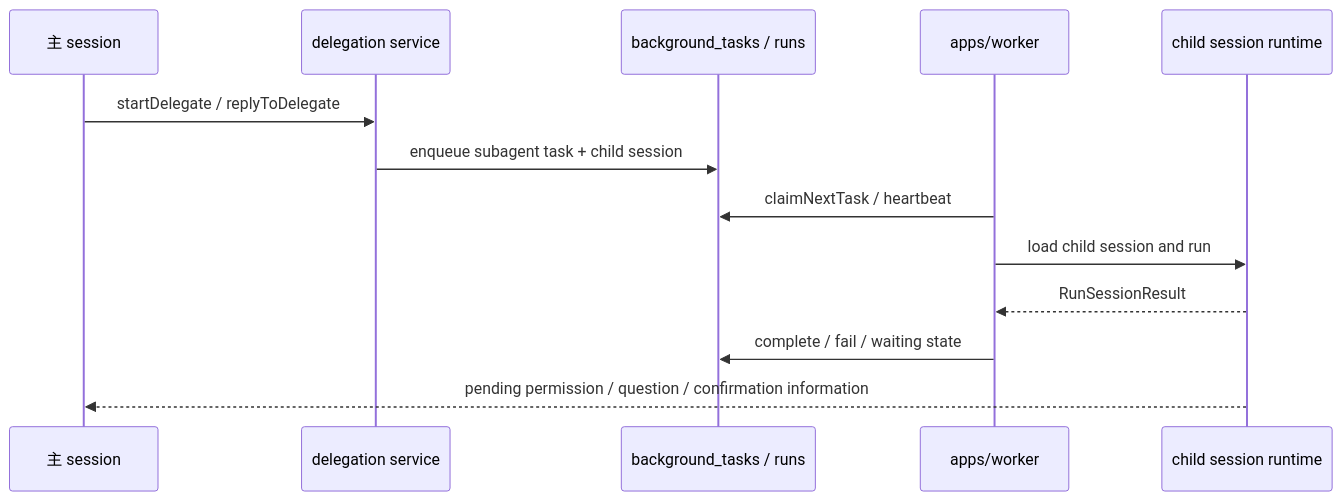
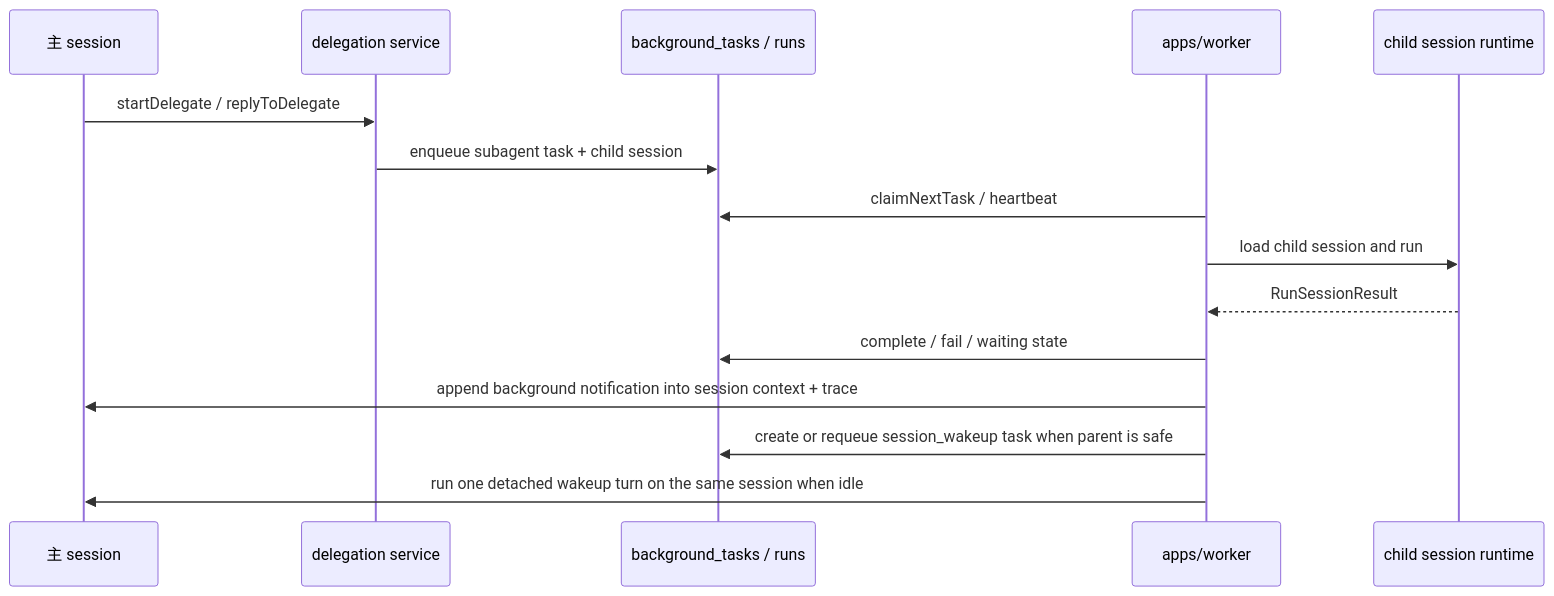
One commit to pswd123456/my-agent-proj changed the diagram in docs/architecture/background-tasks-and-delegation.md. Above: the diagram before and after it, drawn with Mermaid. The commit also changed other lines of this file and 56 other files, not shown here.

Commit message:
Refactor agent runtime and workbench streaming flow

````diff
--- a/docs/architecture/background-tasks-and-delegation.md
+++ b/docs/architecture/background-tasks-and-delegation.md
@@ -45,16 +46,18 @@
 ```mermaid
 sequenceDiagram
   participant Main as 主 session
   participant Delegate as delegation service
   participant DB as background_tasks / runs
   participant Worker as apps/worker
   participant Child as child session runtime
 
   Main->>Delegate: startDelegate / replyToDelegate
   Delegate->>DB: enqueue subagent task + child session
   Worker->>DB: claimNextTask / heartbeat
   Worker->>Child: load child session and run
   Child-->>Worker: RunSessionResult
   Worker->>DB: complete / fail / waiting state
-  Child-->>Main: pending permission / question / confirmation information
+  Worker->>Main: append background notification into session context + trace
+  Worker->>DB: create or requeue session_wakeup task when parent is safe
+  Worker->>Main: run one detached wakeup turn on the same session when idle
 ```
````
